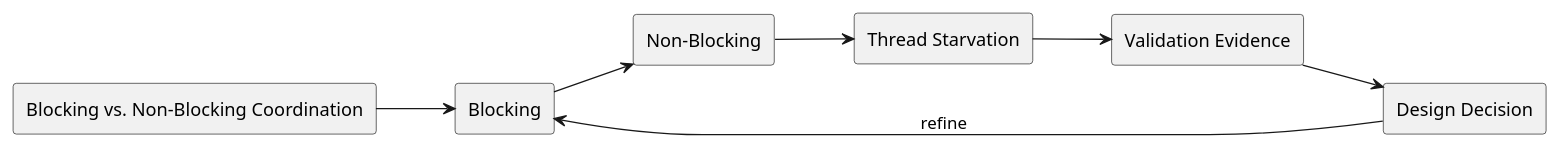
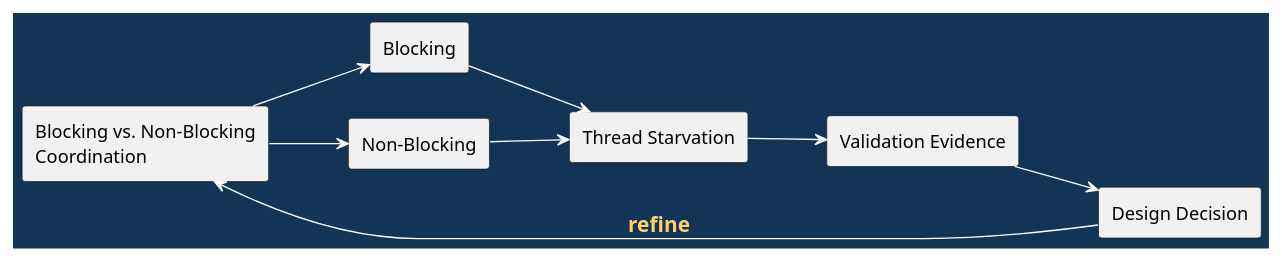
One commit to madajaju/CS5254 changed the first of 7 diagrams in doc/lectures/week7/blocking_vs_nonblocking/README.slides.adoc. Above: the diagram before and after it, drawn with PlantUML. The commit also changed other lines of this file and 90 other files, not shown here.

```diff
--- a/doc/lectures/week7/blocking_vs_nonblocking/README.slides.adoc
+++ b/doc/lectures/week7/blocking_vs_nonblocking/README.slides.adoc
@@ -71,22 +11,32 @@
-[plantuml, target=architecture, format=svg, width=80%]
+[plantuml,width=100%]
 ----
 @startuml
-skinparam monochrome true
+skinparam backgroundColor #123456
+skinparam defaultFontColor black
+skinparam arrowColor white
+skinparam arrowFontColor #ffd166
+skinparam arrowFontStyle bold
+skinparam arrowFontSize 16
+skinparam classBackgroundColor white
+skinparam classFontColor black
+skinparam classBorderColor #123456
 skinparam shadowing false
 left to right direction
 
-rectangle "Blocking vs. Non-Blocking Coordination" as Topic
-rectangle "Blocking" as A
-rectangle "Non-Blocking" as B
-rectangle "Thread Starvation" as C
-rectangle "Validation Evidence" as V
-rectangle "Design Decision" as D
+rectangle "Blocking vs. Non-Blocking\nCoordination" as Topic
+rectangle "Blocking" as Blocking
+rectangle "Non-Blocking" as NonBlocking
+rectangle "Thread Starvation" as Starvation
+rectangle "Validation Evidence" as Evidence
+rectangle "Design Decision" as Decision
 
-Topic --> A
-A --> B
-B --> C
-C --> V
-V --> D
-D --> A : refine
+Topic --> Blocking
+Topic --> NonBlocking
+Blocking --> Starvation
+NonBlocking --> Starvation
+Starvation --> Evidence
+Evidence --> Decision
+Decision --> Topic : refine
+
 @enduml
 ----
```
